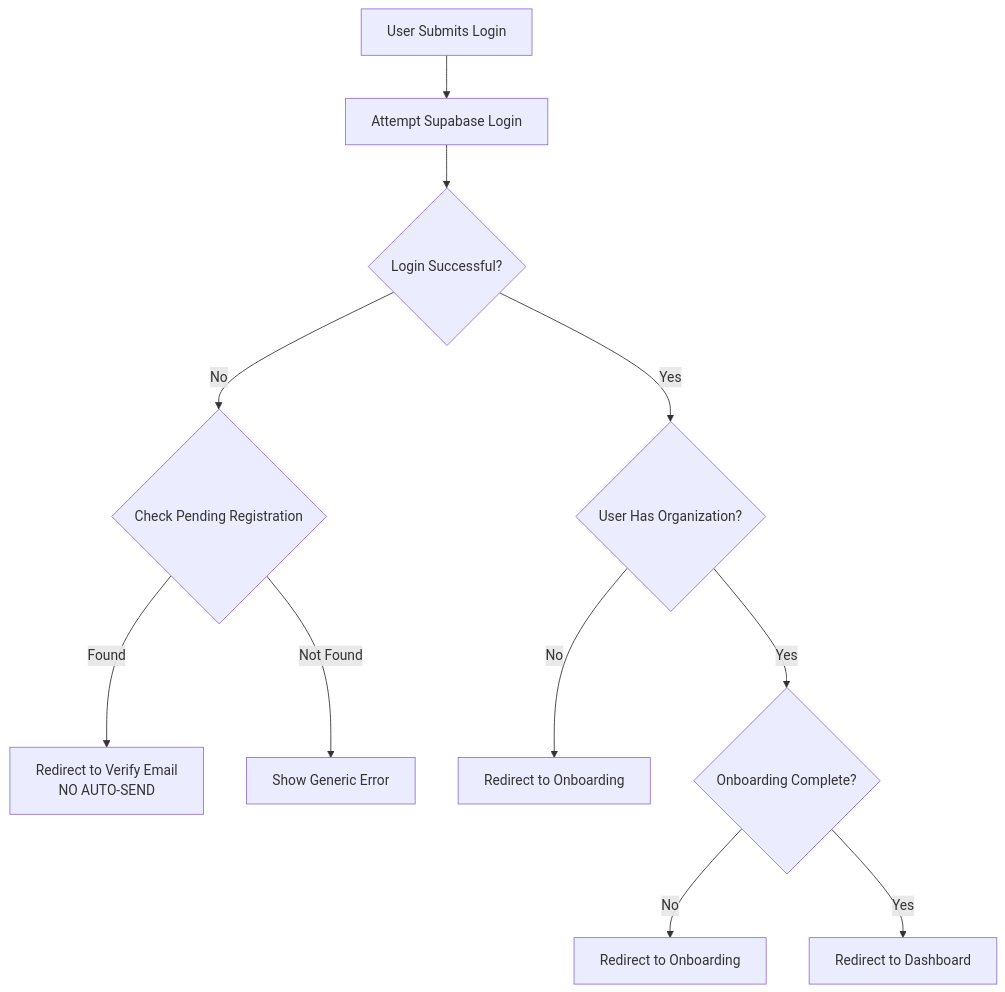
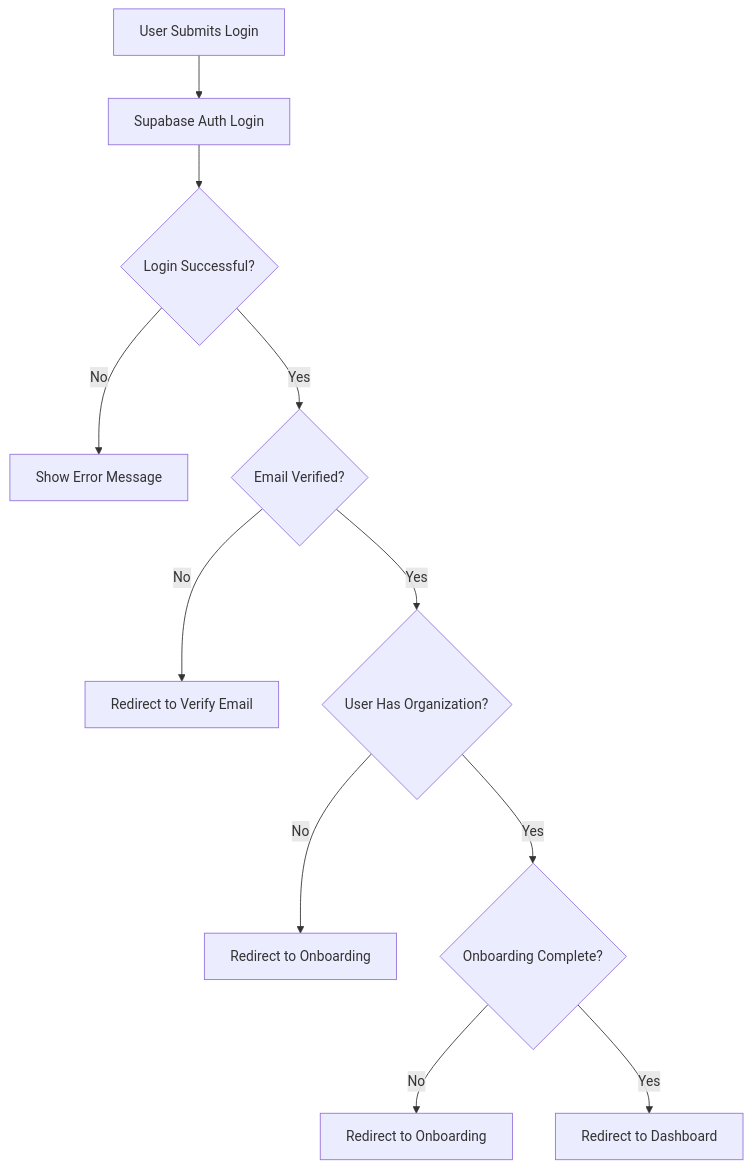
Before and after one commit to Maxapp-ZRH/PayMatch: the second of 4 diagrams in docs/auth/authentication.md, drawn with Mermaid. The commit also changed other lines of this file and 78 other files, not shown here.

````diff
--- a/docs/auth/authentication.md
+++ b/docs/auth/authentication.md
@@ -136,13 +133,13 @@
 ```mermaid
 graph TD
-    A[User Submits Login] --> B[Attempt Supabase Login]
+    A[User Submits Login] --> B[Supabase Auth Login]
     B --> C{Login Successful?}
-    C -->|No| D{Check Pending Registration}
-    D -->|Found| E[Redirect to Verify Email<br/>NO AUTO-SEND]
-    D -->|Not Found| F[Show Generic Error]
-    C -->|Yes| G{User Has Organization?}
+    C -->|No| D[Show Error Message]
+    C -->|Yes| E{Email Verified?}
+    E -->|No| F[Redirect to Verify Email]
+    E -->|Yes| G{User Has Organization?}
     G -->|No| H[Redirect to Onboarding]
     G -->|Yes| I{Onboarding Complete?}
     I -->|No| J[Redirect to Onboarding]
     I -->|Yes| K[Redirect to Dashboard]
 ```
````
